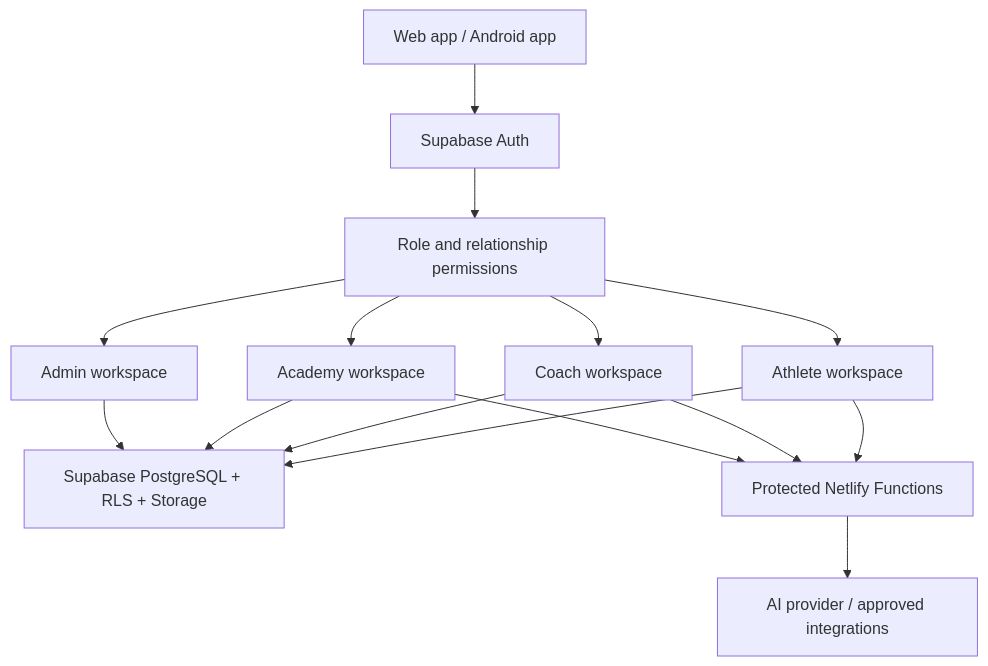
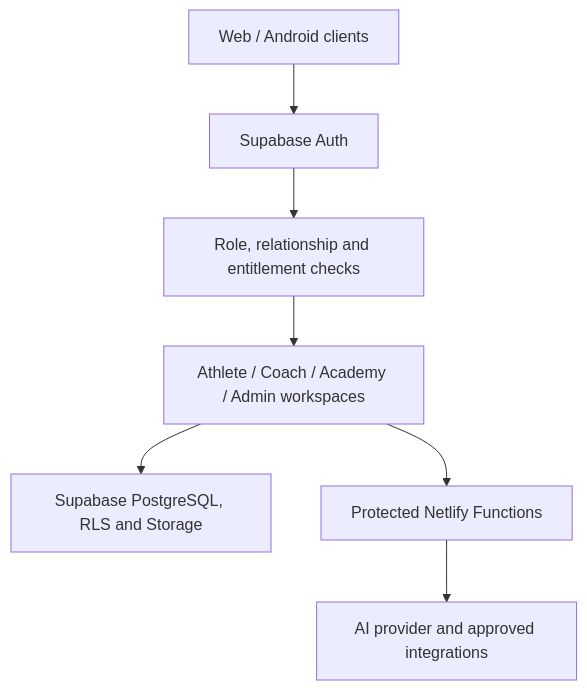
One commit to NovaCode2026/AthleteN changed the diagram in README.md. Above: the diagram before and after it, drawn with Mermaid. The commit also changed other lines of this file and 13 other files, not shown here.

````diff
--- a/README.md
+++ b/README.md
@@ -99,17 +99,9 @@
 ```mermaid
 flowchart TD
-  A["Web app / Android app"] --> B["Supabase Auth"]
-  B --> C["Role and relationship permissions"]
-  C --> D["Athlete workspace"]
-  C --> E["Coach workspace"]
-  C --> F["Academy workspace"]
-  C --> G["Admin workspace"]
-  D --> H["Supabase PostgreSQL + RLS + Storage"]
-  E --> H
-  F --> H
-  G --> H
-  D --> I["Protected Netlify Functions"]
-  E --> I
-  F --> I
-  I --> J["AI provider / approved integrations"]
+  A["Web / Android clients"] --> B["Supabase Auth"]
+  B --> C["Role, relationship and entitlement checks"]
+  C --> D["Athlete / Coach / Academy / Admin workspaces"]
+  D --> E["Supabase PostgreSQL, RLS and Storage"]
+  D --> F["Protected Netlify Functions"]
+  F --> G["AI provider and approved integrations"]
 ```
````
